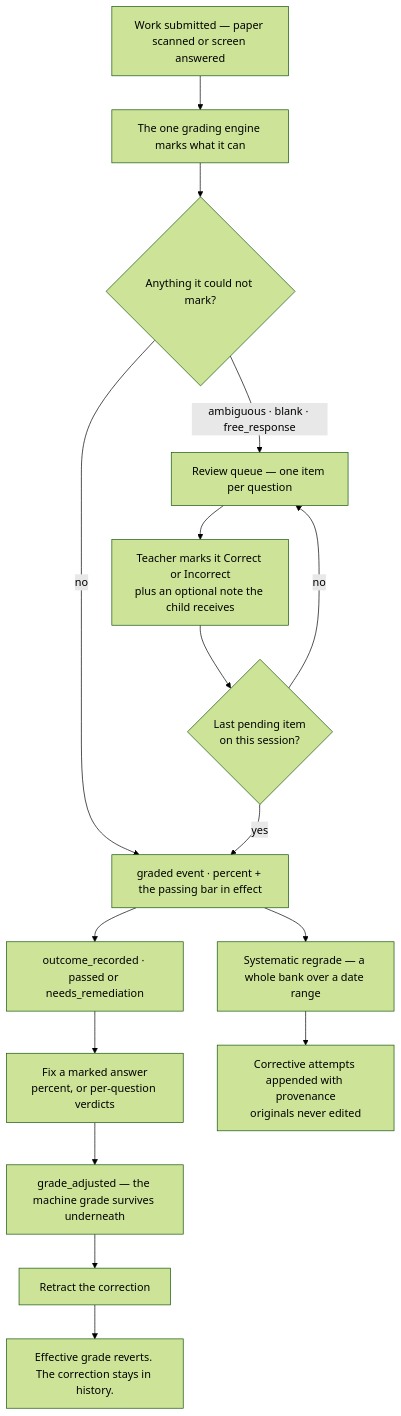
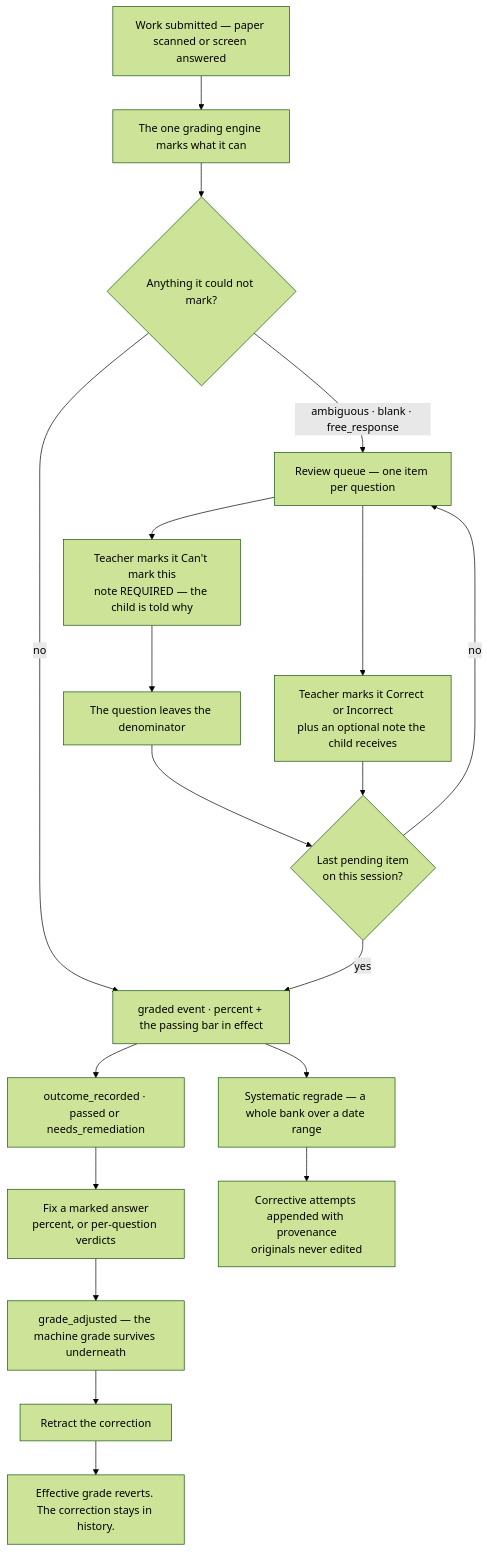
Before and after one commit to kckern/DaylightStation: the sixth of 16 diagrams in docs/reference/school/teacher.md, drawn with Mermaid (forest theme). The commit also changed other lines of this file and 10 other files, not shown here.

````diff
--- a/docs/reference/school/teacher.md
+++ b/docs/reference/school/teacher.md
@@ -311,21 +311,24 @@
 ```mermaid
 flowchart TD
     SUB["Work submitted — paper scanned or screen answered"] --> AUTO["The one grading engine marks what it can"]
     AUTO --> AMB{"Anything it could not mark?"}
     AMB -->|no| GRADED["graded event · percent + the passing bar in effect"]
     AMB -->|"ambiguous · blank · free_response"| Q["Review queue — one item per question"]
 
     Q --> RES["Teacher marks it Correct or Incorrect<br/>plus an optional note the child receives"]
+    Q --> VOID["Teacher marks it Can't mark this<br/>note REQUIRED — the child is told why"]
+    VOID --> DEN["The question leaves the denominator"]
+    DEN --> LAST
     RES --> LAST{"Last pending item<br/>on this session?"}
     LAST -->|yes| GRADED
     LAST -->|no| Q
 
     GRADED --> OUT["outcome_recorded · passed or needs_remediation"]
     OUT --> ADJ["Fix a marked answer<br/>percent, or per-question verdicts"]
     ADJ --> EFF["grade_adjusted — the machine grade survives underneath"]
     EFF --> RETR["Retract the correction"]
     RETR --> EFF2["Effective grade reverts. The correction stays in history."]
 
     GRADED --> BULK["Systematic regrade — a whole bank over a date range"]
     BULK --> CORR["Corrective attempts appended with provenance<br/>originals never edited"]
 ```
````
